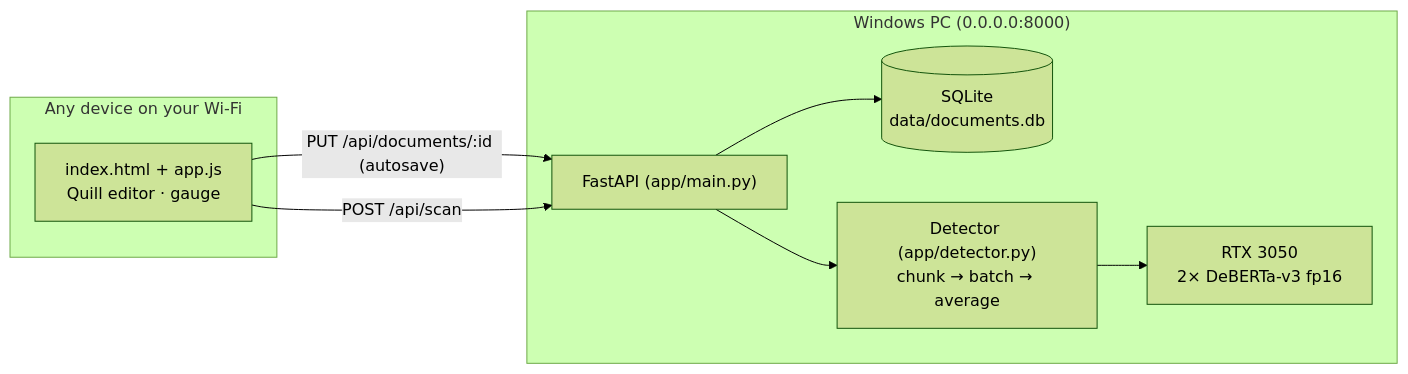
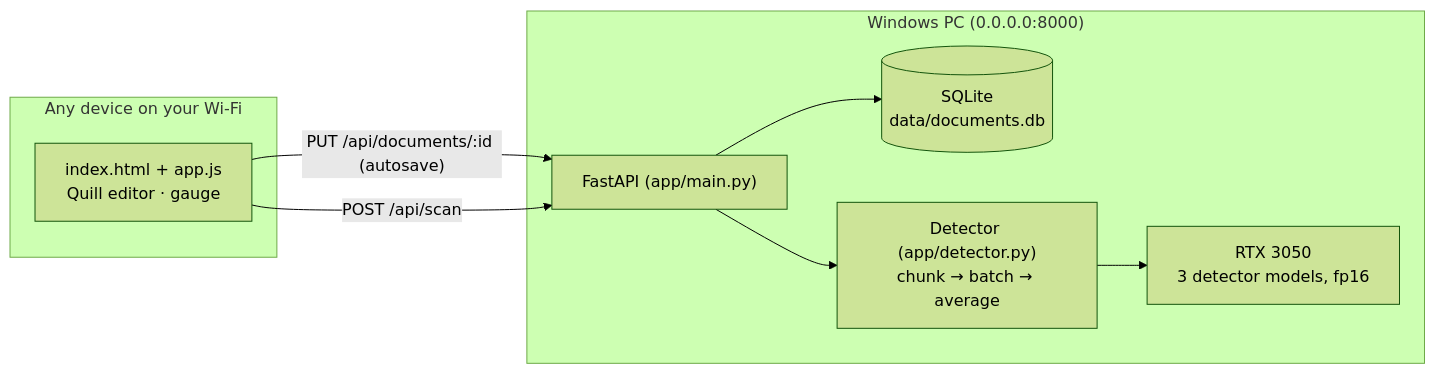
Before and after one commit to FarhanTDP/ai-detector: the diagram in README.md, drawn with Mermaid (forest theme). The commit also changed other lines of this file and 19 other files, not shown here.

````diff
--- a/README.md
+++ b/README.md
@@ -35,16 +46,16 @@
 ```mermaid
 flowchart LR
   subgraph Browser["Any device on your Wi-Fi"]
     UI["index.html + app.js<br/>Quill editor · gauge"]
   end
   subgraph Server["Windows PC (0.0.0.0:8000)"]
     API["FastAPI (app/main.py)"]
     DB[("SQLite<br/>data/documents.db")]
     DET["Detector (app/detector.py)<br/>chunk → batch → average"]
-    GPU["RTX 3050<br/>2× DeBERTa-v3 fp16"]
+    GPU["RTX 3050<br/>3 detector models, fp16"]
   end
   UI -- "PUT /api/documents/:id (autosave)" --> API
   UI -- "POST /api/scan" --> API
   API --> DB
   API --> DET --> GPU
 ```
````
